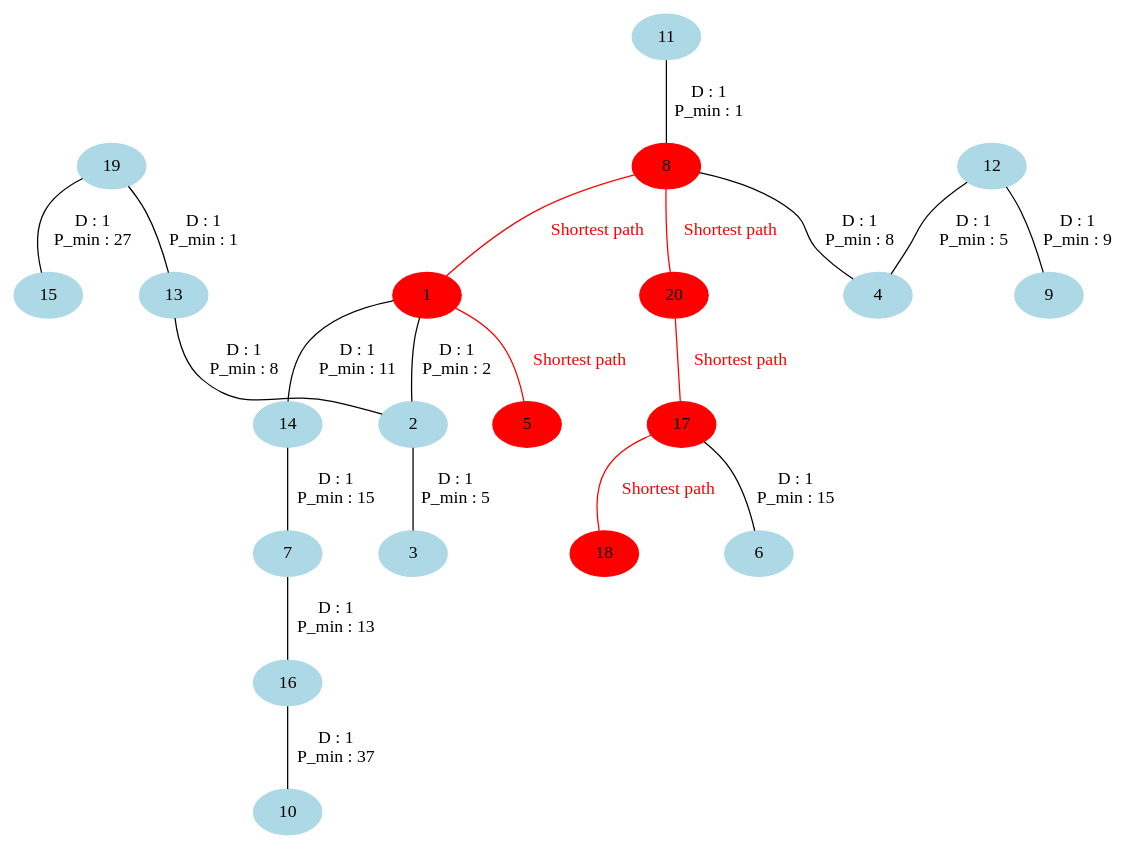
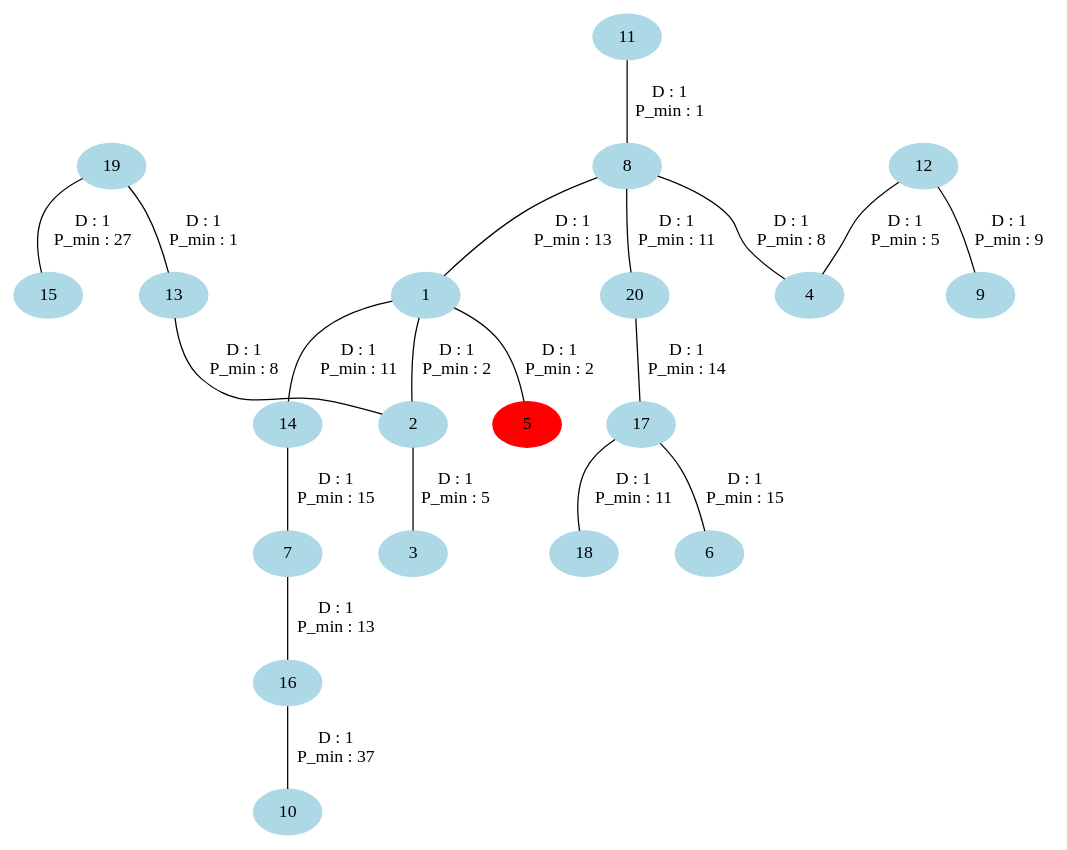
Before and after one commit to axp1cn/delivnetwork_opti_project: the diagram in Graph.gv, drawn with Graphviz. The commit also changed 14 other files, not shown here.

```diff
--- a/Graph.gv
+++ b/Graph.gv
@@ -1,110 +1,100 @@
 // Graphe non orienté
 strict graph {
 	19 [color=lightblue style=filled]
 	19 -- 13 [label="D : 1
 P_min : 1" constraint=true]
 	19 -- 15 [label="D : 1
 P_min : 27" constraint=true]
 	13 [color=lightblue style=filled]
 	13 -- 19 [label="D : 1
 P_min : 1" constraint=true]
 	13 -- 2 [label="D : 1
 P_min : 8" constraint=true]
 	11 [color=lightblue style=filled]
 	11 -- 8 [label="D : 1
 P_min : 1" constraint=true]
 	8 [color=lightblue style=filled]
 	8 -- 11 [label="D : 1
 P_min : 1" constraint=true]
 	8 -- 4 [label="D : 1
 P_min : 8" constraint=true]
 	8 -- 20 [label="D : 1
 P_min : 11" constraint=true]
 	8 -- 1 [label="D : 1
 P_min : 13" constraint=true]
 	1 [color=lightblue style=filled]
 	1 -- 2 [label="D : 1
 P_min : 2" constraint=true]
 	1 -- 5 [label="D : 1
 P_min : 2" constraint=true]
 	1 -- 14 [label="D : 1
 P_min : 11" constraint=true]
 	1 -- 8 [label="D : 1
 P_min : 13" constraint=true]
 	2 [color=lightblue style=filled]
 	2 -- 1 [label="D : 1
 P_min : 2" constraint=true]
 	2 -- 3 [label="D : 1
 P_min : 5" constraint=true]
 	2 -- 13 [label="D : 1
 P_min : 8" constraint=true]
 	5 [color=lightblue style=filled]
 	5 -- 1 [label="D : 1
 P_min : 2" constraint=true]
 	3 [color=lightblue style=filled]
 	3 -- 2 [label="D : 1
 P_min : 5" constraint=true]
 	12 [color=lightblue style=filled]
 	12 -- 4 [label="D : 1
 P_min : 5" constraint=true]
 	12 -- 9 [label="D : 1
 P_min : 9" constraint=true]
 	4 [color=lightblue style=filled]
 	4 -- 12 [label="D : 1
 P_min : 5" constraint=true]
 	4 -- 8 [label="D : 1
 P_min : 8" constraint=true]
 	9 [color=lightblue style=filled]
 	9 -- 12 [label="D : 1
 P_min : 9" constraint=true]
 	20 [color=lightblue style=filled]
 	20 -- 8 [label="D : 1
 P_min : 11" constraint=true]
 	20 -- 17 [label="D : 1
 P_min : 14" constraint=true]
 	14 [color=lightblue style=filled]
 	14 -- 1 [label="D : 1
 P_min : 11" constraint=true]
 	14 -- 7 [label="D : 1
 P_min : 15" constraint=true]
 	17 [color=lightblue style=filled]
 	17 -- 18 [label="D : 1
 P_min : 11" constraint=true]
 	17 -- 20 [label="D : 1
 P_min : 14" constraint=true]
 	17 -- 6 [label="D : 1
 P_min : 15" constraint=true]
 	18 [color=lightblue style=filled]
 	18 -- 17 [label="D : 1
 P_min : 11" constraint=true]
 	7 [color=lightblue style=filled]
 	7 -- 16 [label="D : 1
 P_min : 13" constraint=true]
 	7 -- 14 [label="D : 1
 P_min : 15" constraint=true]
 	16 [color=lightblue style=filled]
 	16 -- 7 [label="D : 1
 P_min : 13" constraint=true]
 	16 -- 10 [label="D : 1
 P_min : 37" constraint=true]
 	6 [color=lightblue style=filled]
 	6 -- 17 [label="D : 1
 P_min : 15" constraint=true]
 	15 [color=lightblue style=filled]
 	15 -- 19 [label="D : 1
 P_min : 27" constraint=true]
 	10 [color=lightblue style=filled]
 	10 -- 16 [label="D : 1
 P_min : 37" constraint=true]
 	5 [color=red style=filled]
-	1 [color=red style=filled]
-	8 [color=red style=filled]
-	20 [color=red style=filled]
-	17 [color=red style=filled]
-	18 [color=red style=filled]
-	5 -- 1 [label="Shortest path" color=red constraint=true fontcolor=red]
-	1 -- 8 [label="Shortest path" color=red constraint=true fontcolor=red]
-	8 -- 20 [label="Shortest path" color=red constraint=true fontcolor=red]
-	20 -- 17 [label="Shortest path" color=red constraint=true fontcolor=red]
-	17 -- 18 [label="Shortest path" color=red constraint=true fontcolor=red]
 }
```
